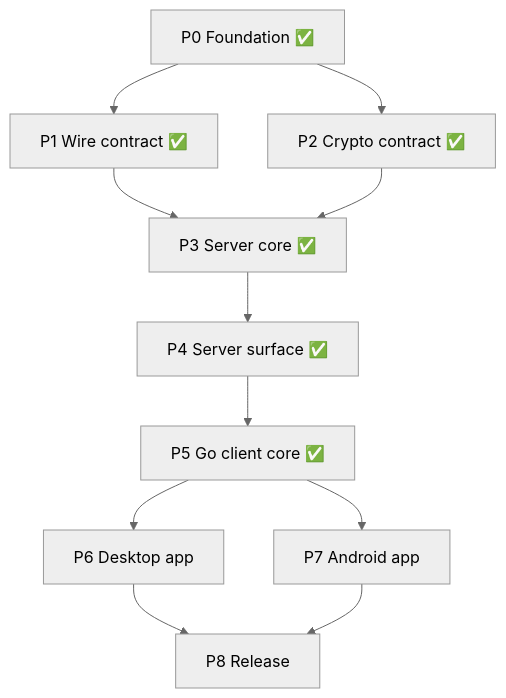
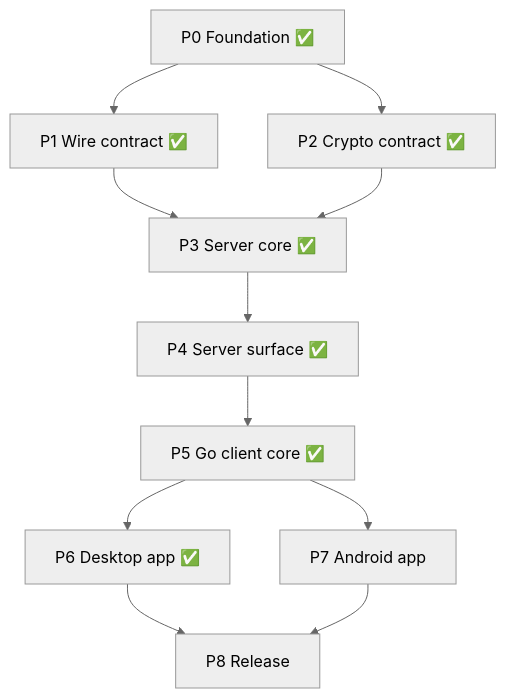
One commit to Mark7888/two-place-paste changed the diagram in docs/ROADMAP.md. Above: the diagram before and after it, drawn with Mermaid (neutral theme). The commit also changed other lines of this file, not shown here.

````diff
--- a/docs/ROADMAP.md
+++ b/docs/ROADMAP.md
@@ -127,13 +127,13 @@
 ```mermaid
 graph TD
     P0["P0 Foundation ✅"] --> P1["P1 Wire contract ✅"]
     P0 --> P2["P2 Crypto contract ✅"]
     P1 --> P3["P3 Server core ✅"]
     P2 --> P3
     P3 --> P4["P4 Server surface ✅"]
     P4 --> P5["P5 Go client core ✅"]
-    P5 --> P6["P6 Desktop app"]
+    P5 --> P6["P6 Desktop app ✅"]
     P5 --> P7["P7 Android app"]
     P6 --> P8["P8 Release"]
     P7 --> P8
 ```
````
